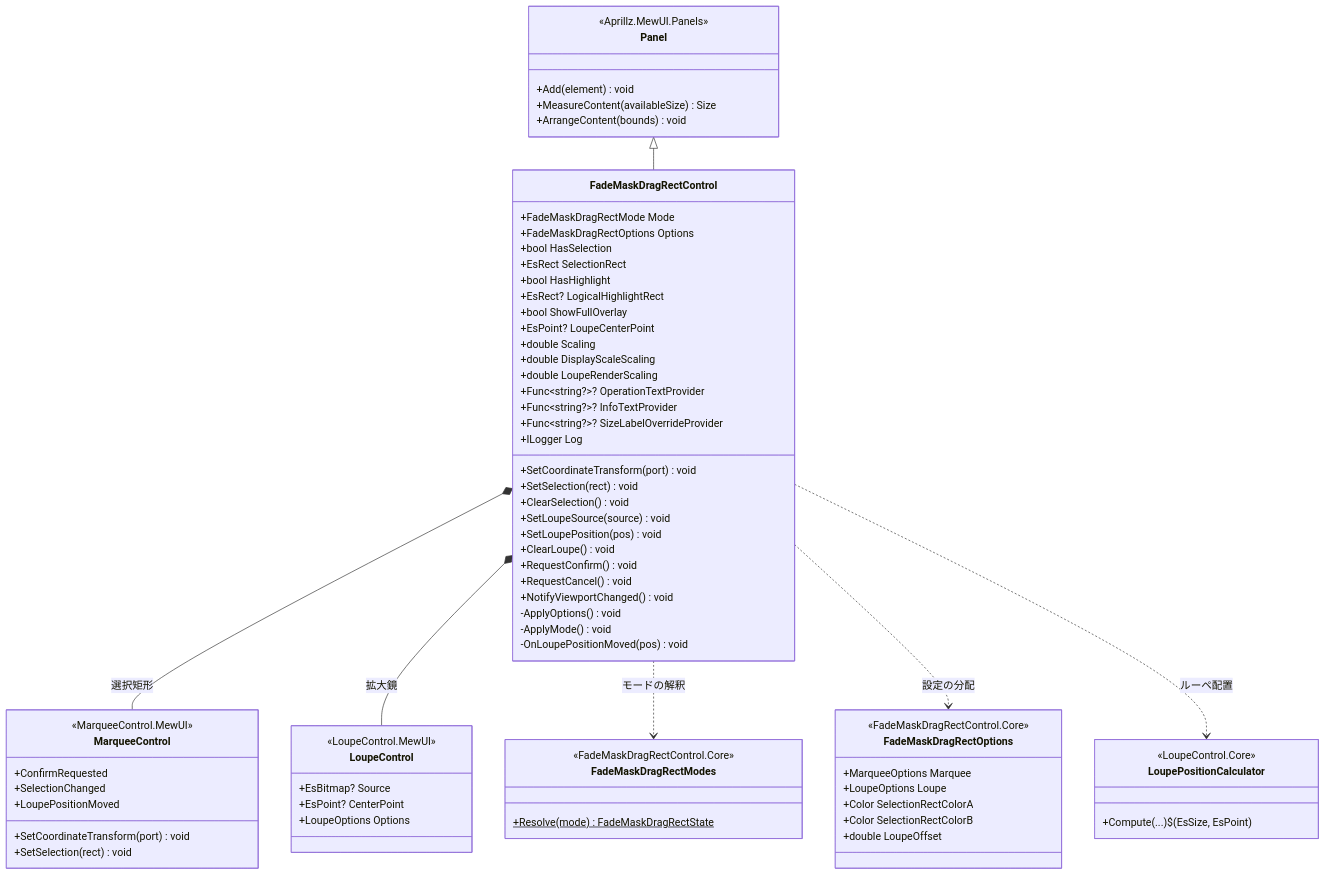
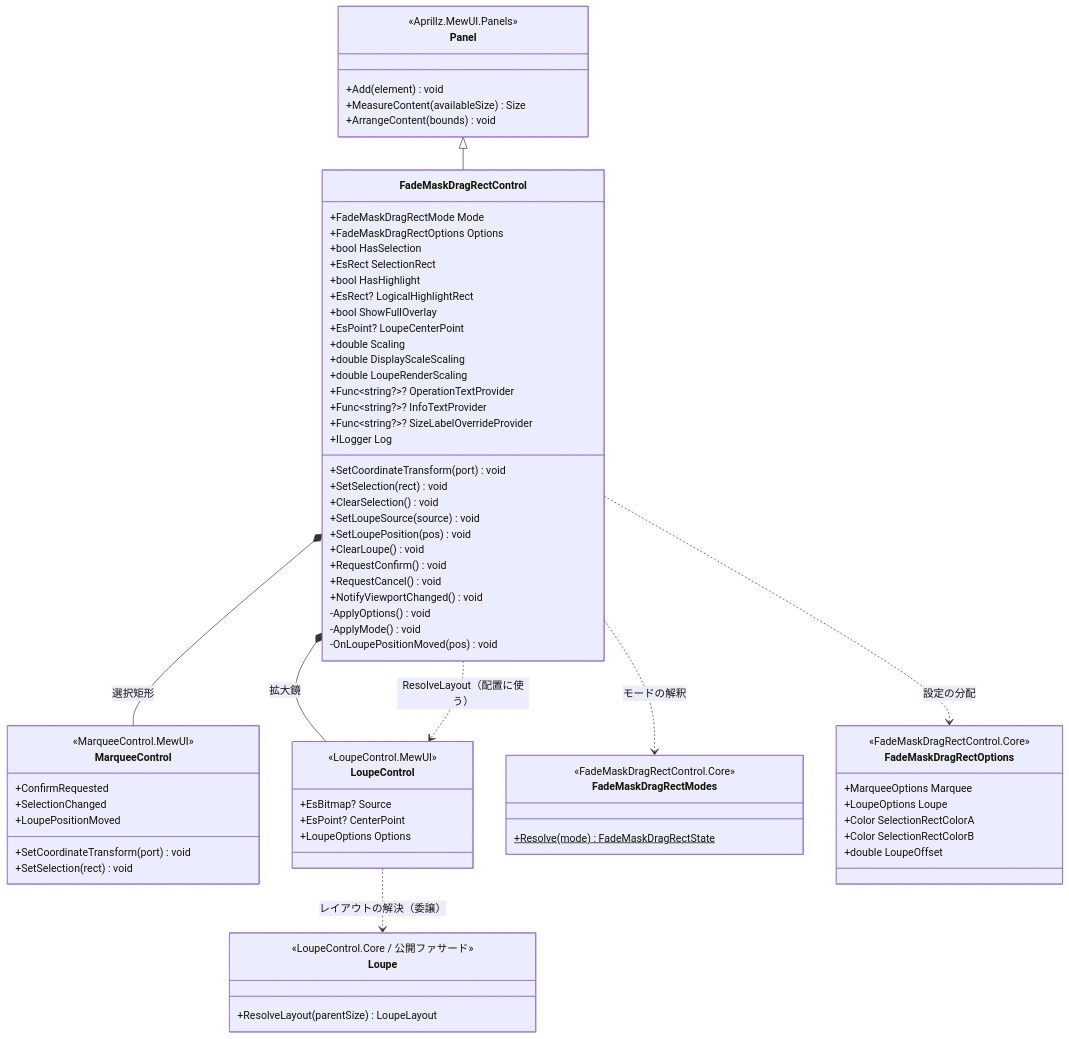
The first of 4 diagrams in src/FadeMaskDragRectControl.MewUI/SPEC_System.md (tomokuni/SaveEvidence), drawn with Mermaid before and after one commit. The commit also changed other lines of this file and 201 other files, not shown here.

````diff
--- a/src/FadeMaskDragRectControl.MewUI/SPEC_System.md
+++ b/src/FadeMaskDragRectControl.MewUI/SPEC_System.md
@@ -94,75 +94,76 @@
 ```mermaid
 classDiagram
     class Panel {
         <<Aprillz.MewUI.Panels>>
         +Add(element) void
         +MeasureContent(availableSize) Size
         +ArrangeContent(bounds) void
     }
     class FadeMaskDragRectControl {
         +FadeMaskDragRectMode Mode
         +FadeMaskDragRectOptions Options
         +bool HasSelection
         +EsRect SelectionRect
         +bool HasHighlight
         +EsRect? LogicalHighlightRect
         +bool ShowFullOverlay
         +EsPoint? LoupeCenterPoint
         +double Scaling
         +double DisplayScaleScaling
         +double LoupeRenderScaling
         +Func~string?~? OperationTextProvider
         +Func~string?~? InfoTextProvider
         +Func~string?~? SizeLabelOverrideProvider
         +ILogger Log
         +SetCoordinateTransform(port) void
         +SetSelection(rect) void
         +ClearSelection() void
         +SetLoupeSource(source) void
         +SetLoupePosition(pos) void
         +ClearLoupe() void
         +RequestConfirm() void
         +RequestCancel() void
         +NotifyViewportChanged() void
         -ApplyOptions() void
         -ApplyMode() void
         -OnLoupePositionMoved(pos) void
     }
     class MarqueeControl {
         <<MarqueeControl.MewUI>>
         +SetCoordinateTransform(port) void
         +SetSelection(rect) void
         +ConfirmRequested
         +SelectionChanged
         +LoupePositionMoved
     }
     class LoupeControl {
         <<LoupeControl.MewUI>>
         +EsBitmap? Source
         +EsPoint? CenterPoint
         +LoupeOptions Options
     }
     class FadeMaskDragRectModes {
         <<FadeMaskDragRectControl.Core>>
         +Resolve(mode)$ FadeMaskDragRectState
     }
     class FadeMaskDragRectOptions {
         <<FadeMaskDragRectControl.Core>>
         +MarqueeOptions Marquee
         +LoupeOptions Loupe
         +Color SelectionRectColorA
         +Color SelectionRectColorB
         +double LoupeOffset
     }
-    class LoupePositionCalculator {
-        <<LoupeControl.Core>>
-        +Compute(...)$ (EsSize, EsPoint)
+    class Loupe {
+        <<LoupeControl.Core / 公開ファサード>>
+        +ResolveLayout(parentSize) LoupeLayout
     }
 
     Panel <|-- FadeMaskDragRectControl
     FadeMaskDragRectControl *-- MarqueeControl : 選択矩形
     FadeMaskDragRectControl *-- LoupeControl : 拡大鏡
     FadeMaskDragRectControl ..> FadeMaskDragRectModes : モードの解釈
     FadeMaskDragRectControl ..> FadeMaskDragRectOptions : 設定の分配
-    FadeMaskDragRectControl ..> LoupePositionCalculator : ルーペ配置
+    LoupeControl ..> Loupe : レイアウトの解決（委譲）
+    FadeMaskDragRectControl ..> LoupeControl : ResolveLayout（配置に使う）
 ```
````
